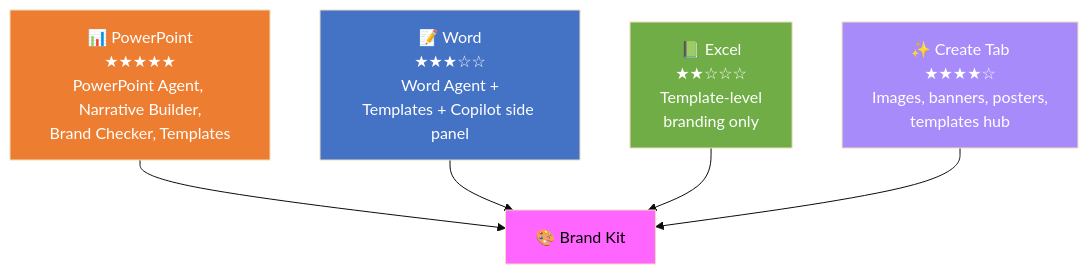
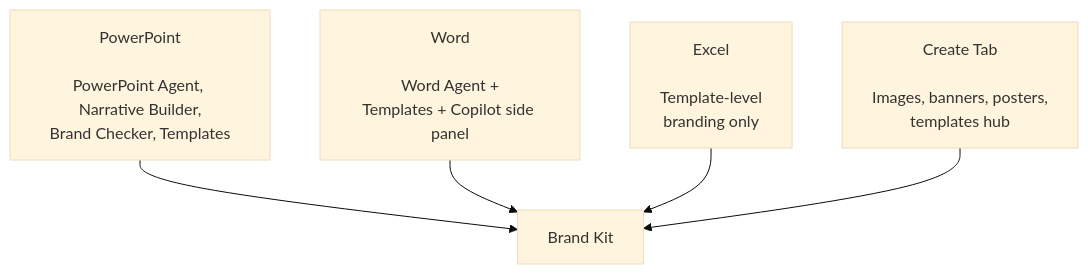
The second of 2 diagrams in content/blog/microsoft-365-copilot-brand-kit-complete-guide.md (susanthgit/aguidetocloud-revamp), drawn with Mermaid (base theme) before and after one commit. The commit also changed other lines of this file and 553 other files, not shown here.

First line of the commit message:
🌸 Z17: Zen Mermaid diagrams — Stripe Docs style

````diff
--- a/content/blog/microsoft-365-copilot-brand-kit-complete-guide.md
+++ b/content/blog/microsoft-365-copilot-brand-kit-complete-guide.md
@@ -263,12 +258,7 @@
 ```mermaid
 flowchart TD
-    A["📊 PowerPoint<br/>★★★★★<br/>PowerPoint Agent, Narrative Builder,<br/>Brand Checker, Templates"] --> E["🎨 Brand Kit"]
-    B["📝 Word<br/>★★★☆☆<br/>Word Agent +<br/>Templates + Copilot side panel"] --> E
-    C["📗 Excel<br/>★★☆☆☆<br/>Template-level<br/>branding only"] --> E
-    D["✨ Create Tab<br/>★★★★☆<br/>Images, banners, posters,<br/>templates hub"] --> E
-    style A fill:#ED7D31,color:#ffffff
-    style B fill:#4472C4,color:#ffffff
-    style C fill:#70AD47,color:#ffffff
-    style D fill:#A78BFA,color:#ffffff
-    style E fill:#FF66FF,color:#000000
+    A["PowerPoint<br/><br/>PowerPoint Agent, Narrative Builder,<br/>Brand Checker, Templates"] --> E["Brand Kit"]
+    B["Word<br/><br/>Word Agent +<br/>Templates + Copilot side panel"] --> E
+    C["Excel<br/><br/>Template-level<br/>branding only"] --> E
+    D["Create Tab<br/><br/>Images, banners, posters,<br/>templates hub"] --> E
 ```
````
